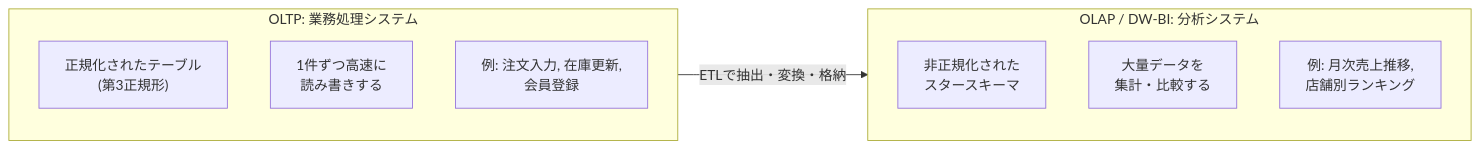
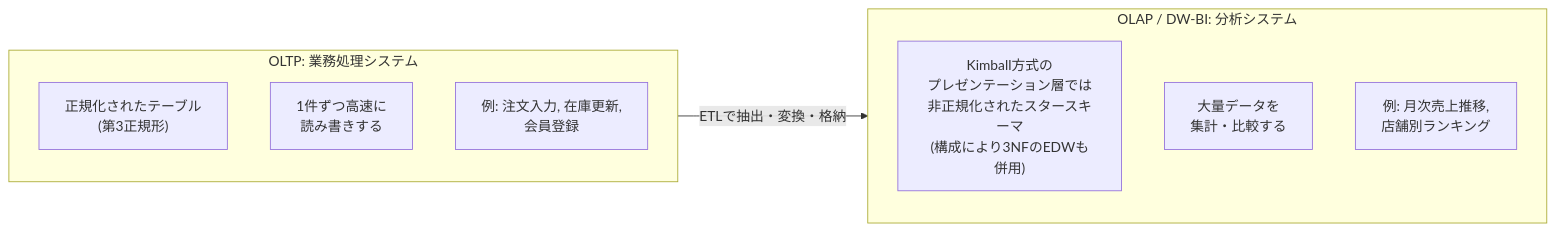
One commit to myoshi2891/Software-Design-and-Architecture changed the second of 11 diagrams in Data-warehouse-toolkit-guide.md. Above: the diagram before and after it, drawn with Mermaid. The commit also changed other lines of this file, not shown here.

Commit message:
docs(data-warehouse-toolkit): OLAP層のアーキテクチャ注記とバスアーキテクチャ図への顧客ディメンション追加

````diff
--- a/Data-warehouse-toolkit-guide.md
+++ b/Data-warehouse-toolkit-guide.md
@@ -113,14 +113,14 @@
 ```mermaid
 flowchart LR
     subgraph OLTP["OLTP: 業務処理システム"]
         O1["正規化されたテーブル<br/>(第3正規形)"]
         O2["1件ずつ高速に<br/>読み書きする"]
         O3["例: 注文入力, 在庫更新,<br/>会員登録"]
     end
     subgraph OLAP["OLAP / DW-BI: 分析システム"]
-        A1["非正規化された<br/>スタースキーマ"]
+        A1["Kimball方式の<br/>プレゼンテーション層では<br/>非正規化されたスタースキーマ<br/>(構成により3NFのEDWも併用)"]
         A2["大量データを<br/>集計・比較する"]
         A3["例: 月次売上推移,<br/>店舗別ランキング"]
     end
     OLTP -- "ETLで抽出・変換・格納" --> OLAP
 ```
````
